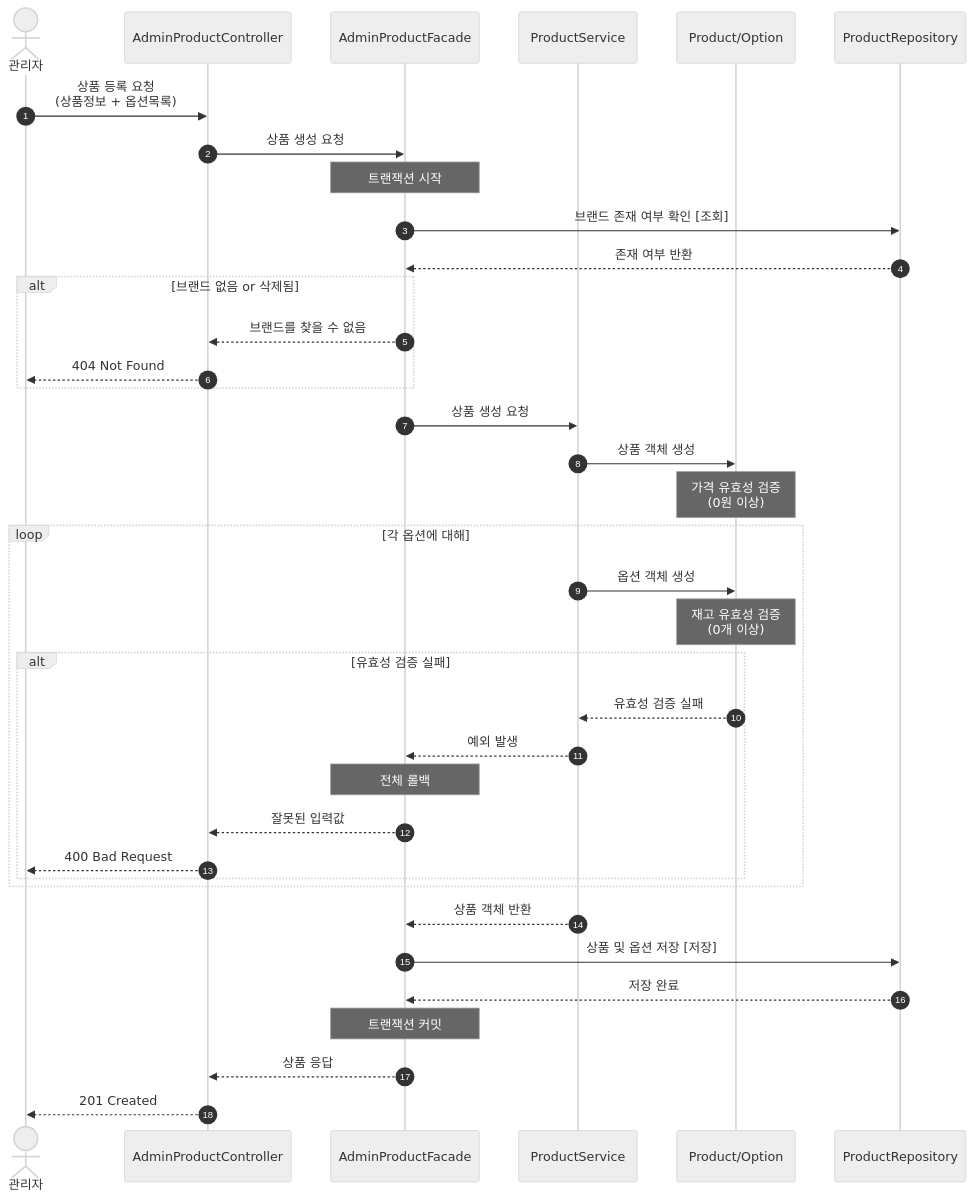
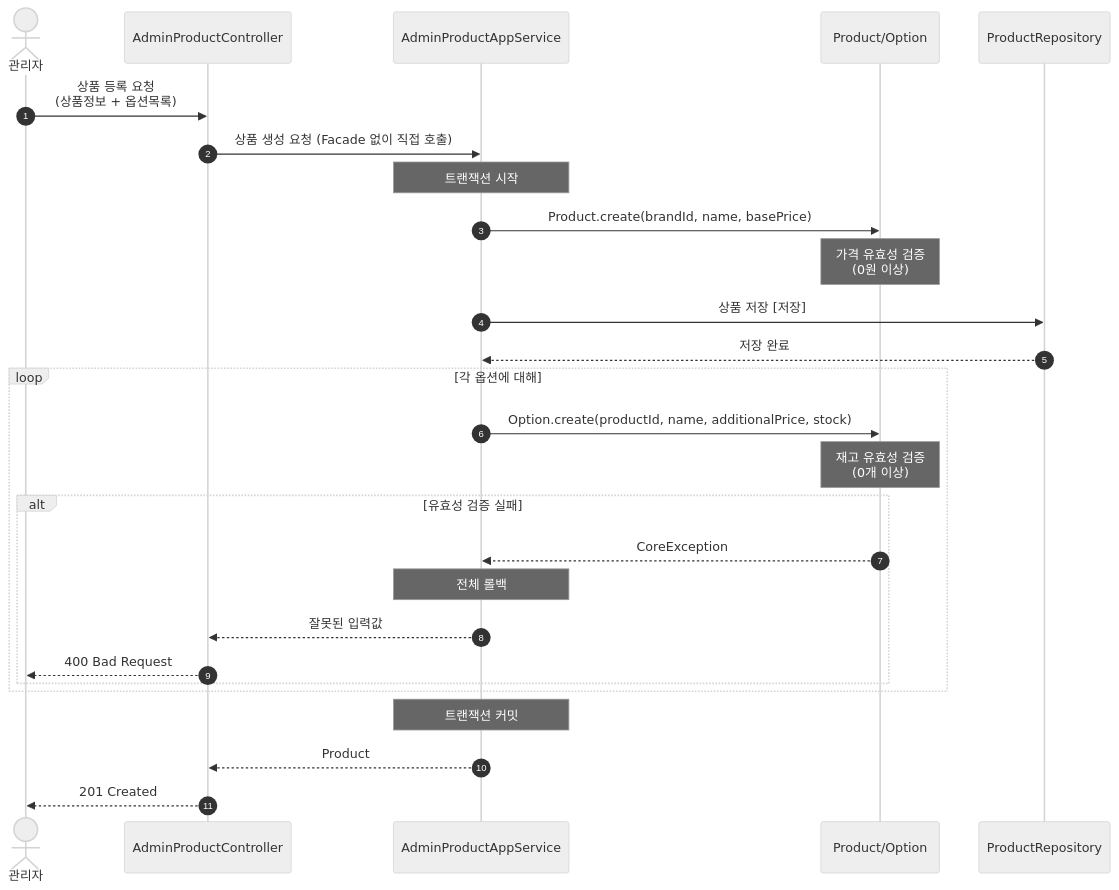
One commit to Loopers-dev-lab/loop-pack-be-l2-vol3-java changed the third of 14 diagrams in docs/design/02-sequence-diagrams.md. Above: the diagram before and after it, drawn with Mermaid (neutral theme). The commit also changed other lines of this file and 2 other files, not shown here.

````diff
--- a/docs/design/02-sequence-diagrams.md
+++ b/docs/design/02-sequence-diagrams.md
@@ -210,50 +205,37 @@
 ```mermaid
 sequenceDiagram
     autonumber
     actor 관리자
     participant Controller as AdminProductController
-    participant Facade as AdminProductFacade
-    participant Service as ProductService
+    participant AppService as AdminProductAppService
     participant Domain as Product/Option
     participant Repository as ProductRepository
 
     관리자->>Controller: 상품 등록 요청<br/>(상품정보 + 옵션목록)
-    Controller->>Facade: 상품 생성 요청
+    Controller->>AppService: 상품 생성 요청 (Facade 없이 직접 호출)
 
-    Note over Facade: 트랜잭션 시작
+    Note over AppService: 트랜잭션 시작
 
-    %% 1. 브랜드 존재 확인
-    Facade->>Repository: 브랜드 존재 여부 확인 [조회]
-    Repository-->>Facade: 존재 여부 반환
-    alt 브랜드 없음 or 삭제됨
-        Facade-->>Controller: 브랜드를 찾을 수 없음
-        Controller-->>관리자: 404 Not Found
-    end
-
-    %% 2. 도메인 객체 생성 및 유효성 검증
-    Facade->>Service: 상품 생성 요청
-    Service->>Domain: 상품 객체 생성
+    %% 1. 도메인 객체 생성 및 유효성 검증
+    AppService->>Domain: Product.create(brandId, name, basePrice)
     Note over Domain: 가격 유효성 검증<br/>(0원 이상)
 
+    AppService->>Repository: 상품 저장 [저장]
+    Repository-->>AppService: 저장 완료
+
     loop 각 옵션에 대해
-        Service->>Domain: 옵션 객체 생성
+        AppService->>Domain: Option.create(productId, name, additionalPrice, stock)
         Note over Domain: 재고 유효성 검증<br/>(0개 이상)
         alt 유효성 검증 실패
-            Domain-->>Service: 유효성 검증 실패
-            Service-->>Facade: 예외 발생
-            Note over Facade: 전체 롤백
-            Facade-->>Controller: 잘못된 입력값
+            Domain-->>AppService: CoreException
+            Note over AppService: 전체 롤백
+            AppService-->>Controller: 잘못된 입력값
             Controller-->>관리자: 400 Bad Request
         end
     end
-    Service-->>Facade: 상품 객체 반환
 
-    %% 3. 저장
-    Facade->>Repository: 상품 및 옵션 저장 [저장]
-    Repository-->>Facade: 저장 완료
+    Note over AppService: 트랜잭션 커밋
 
-    Note over Facade: 트랜잭션 커밋
-
-    Facade-->>Controller: 상품 응답
+    AppService-->>Controller: Product
     Controller-->>관리자: 201 Created
 ```
````
